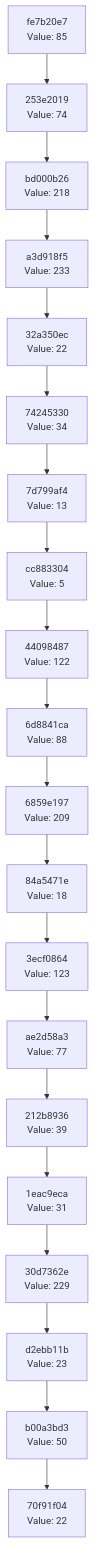
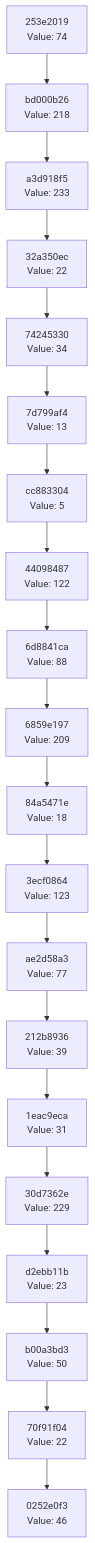
Before and after one commit to Abhisheksinha1506/hash-chain-evolver: the diagram in docs/CHAIN_VISUALIZATION.md, drawn with Mermaid. The commit also changed 2 other files, not shown here.

Commit message:
Evolution Step

````diff
--- a/docs/CHAIN_VISUALIZATION.md
+++ b/docs/CHAIN_VISUALIZATION.md
@@ -3,42 +3,42 @@
 ```mermaid
 graph TD
-    C0["70f91f04<br/>Value: 22"]
-    C1["b00a3bd3<br/>Value: 50"]
+    C0["0252e0f3<br/>Value: 46"]
+    C1["70f91f04<br/>Value: 22"]
     C1 --> C0
-    C2["d2ebb11b<br/>Value: 23"]
+    C2["b00a3bd3<br/>Value: 50"]
     C2 --> C1
-    C3["30d7362e<br/>Value: 229"]
+    C3["d2ebb11b<br/>Value: 23"]
     C3 --> C2
-    C4["1eac9eca<br/>Value: 31"]
+    C4["30d7362e<br/>Value: 229"]
     C4 --> C3
-    C5["212b8936<br/>Value: 39"]
+    C5["1eac9eca<br/>Value: 31"]
     C5 --> C4
-    C6["ae2d58a3<br/>Value: 77"]
+    C6["212b8936<br/>Value: 39"]
     C6 --> C5
-    C7["3ecf0864<br/>Value: 123"]
+    C7["ae2d58a3<br/>Value: 77"]
     C7 --> C6
-    C8["84a5471e<br/>Value: 18"]
+    C8["3ecf0864<br/>Value: 123"]
     C8 --> C7
-    C9["6859e197<br/>Value: 209"]
+    C9["84a5471e<br/>Value: 18"]
     C9 --> C8
-    C10["6d8841ca<br/>Value: 88"]
+    C10["6859e197<br/>Value: 209"]
     C10 --> C9
-    C11["44098487<br/>Value: 122"]
+    C11["6d8841ca<br/>Value: 88"]
     C11 --> C10
-    C12["cc883304<br/>Value: 5"]
+    C12["44098487<br/>Value: 122"]
     C12 --> C11
-    C13["7d799af4<br/>Value: 13"]
+    C13["cc883304<br/>Value: 5"]
     C13 --> C12
-    C14["74245330<br/>Value: 34"]
+    C14["7d799af4<br/>Value: 13"]
     C14 --> C13
-    C15["32a350ec<br/>Value: 22"]
+    C15["74245330<br/>Value: 34"]
     C15 --> C14
-    C16["a3d918f5<br/>Value: 233"]
+    C16["32a350ec<br/>Value: 22"]
     C16 --> C15
-    C17["bd000b26<br/>Value: 218"]
+    C17["a3d918f5<br/>Value: 233"]
     C17 --> C16
-    C18["253e2019<br/>Value: 74"]
+    C18["bd000b26<br/>Value: 218"]
     C18 --> C17
-    C19["fe7b20e7<br/>Value: 85"]
+    C19["253e2019<br/>Value: 74"]
     C19 --> C18
 ```
````
